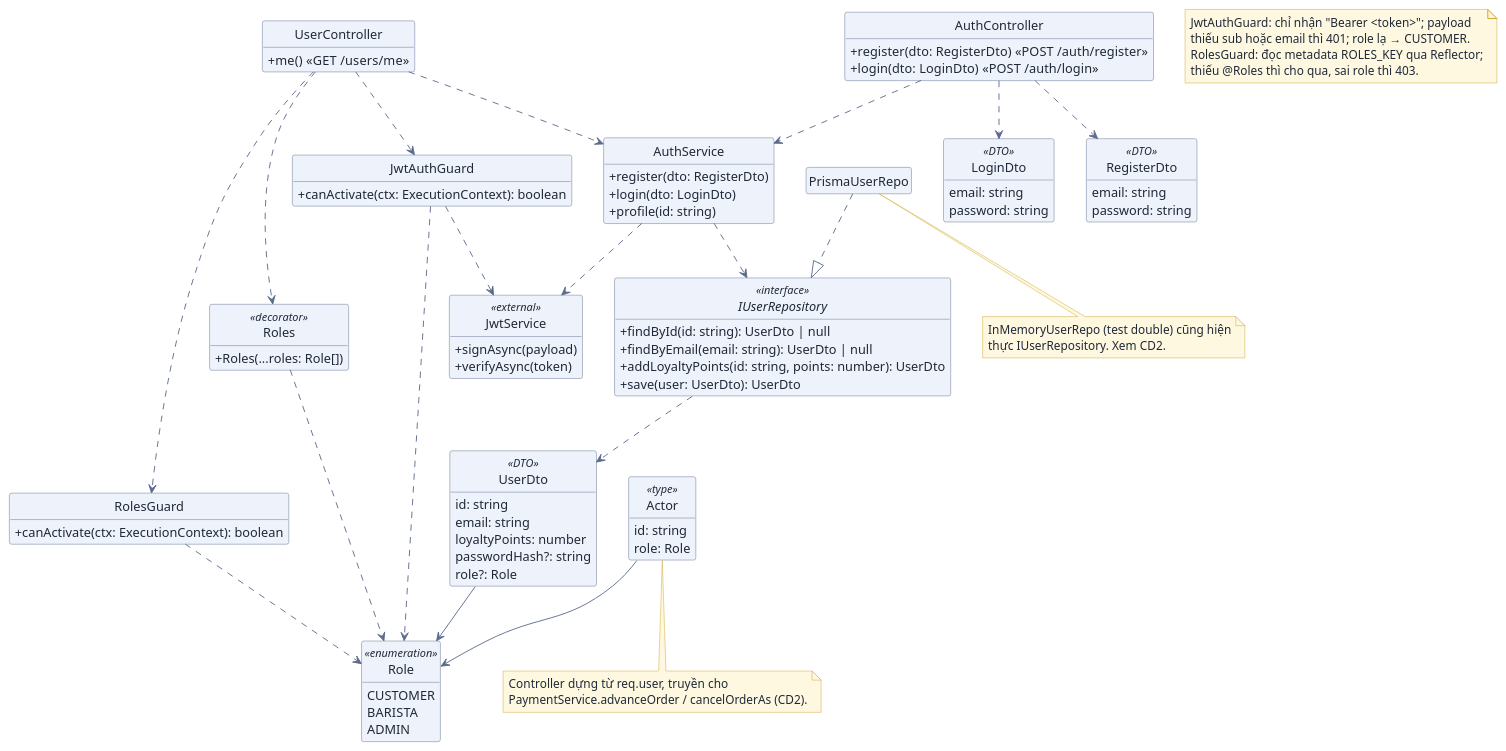
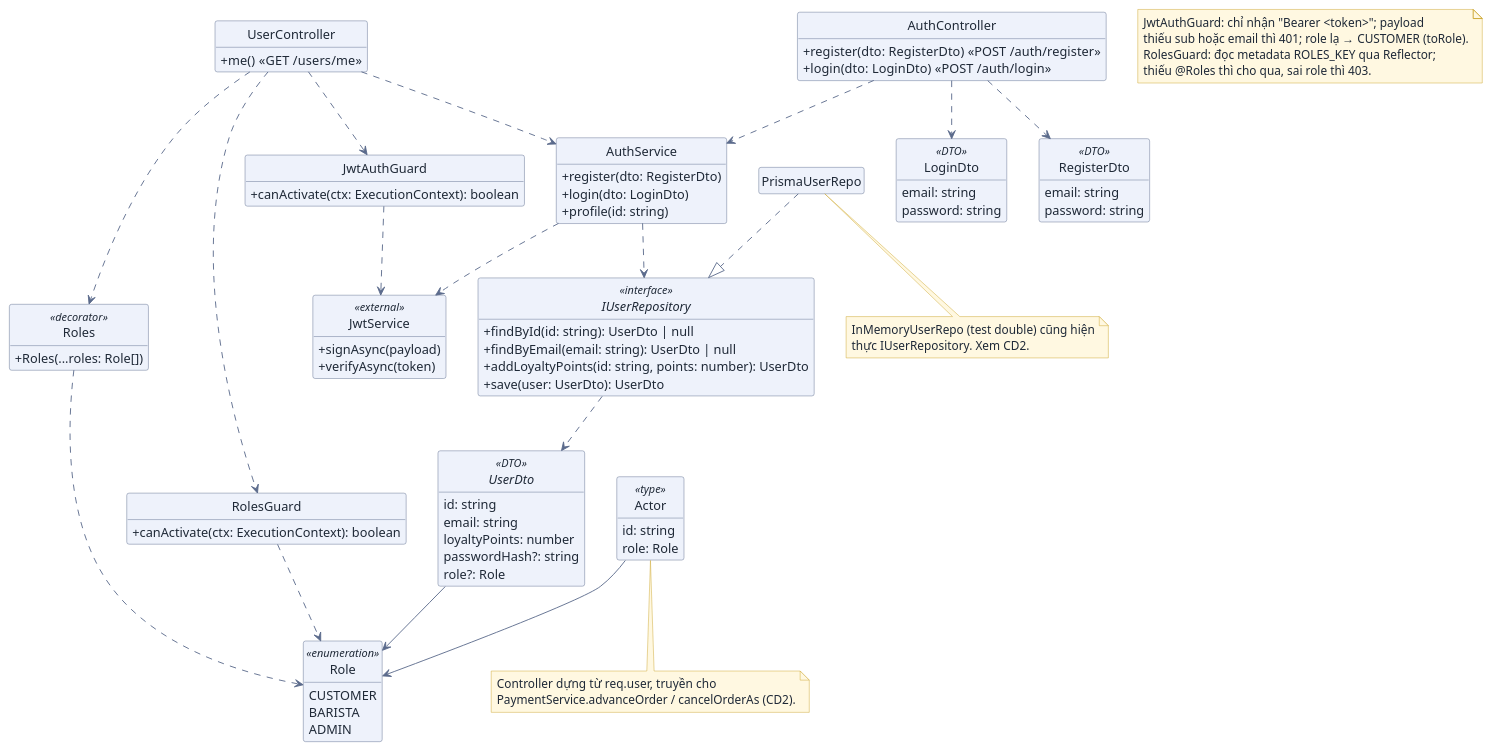
One commit to DuVinhLoi/BrewLite changed the fourth of 4 diagrams in docs/class-diagrams.md. Above: the diagram before and after it, drawn with PlantUML. The commit also changed other lines of this file, not shown here.

Commit message:
docs: fix class diagram signatures and stereotypes after verification

```diff
--- a/docs/class-diagrams.md
+++ b/docs/class-diagrams.md
@@ -546,7 +558,7 @@
 
 class PrismaUserRepo
 
-class UserDto <<DTO>> {
+interface UserDto <<DTO>> {
   id: string
   email: string
   loyaltyPoints: number
@@ -582,7 +594,6 @@
 AuthService ..> JwtService
 
 JwtAuthGuard ..> JwtService
-JwtAuthGuard ..> Role
 RolesGuard ..> Role
 Roles ..> Role
 Actor --> Role
@@ -593,7 +604,7 @@
 
 note as GuardNote
   JwtAuthGuard: chỉ nhận "Bearer <token>"; payload
-  thiếu sub hoặc email thì 401; role lạ → CUSTOMER.
+  thiếu sub hoặc email thì 401; role lạ → CUSTOMER (toRole).
   RolesGuard: đọc metadata ROLES_KEY qua Reflector;
   thiếu @Roles thì cho qua, sai role thì 403.
 end note
```
